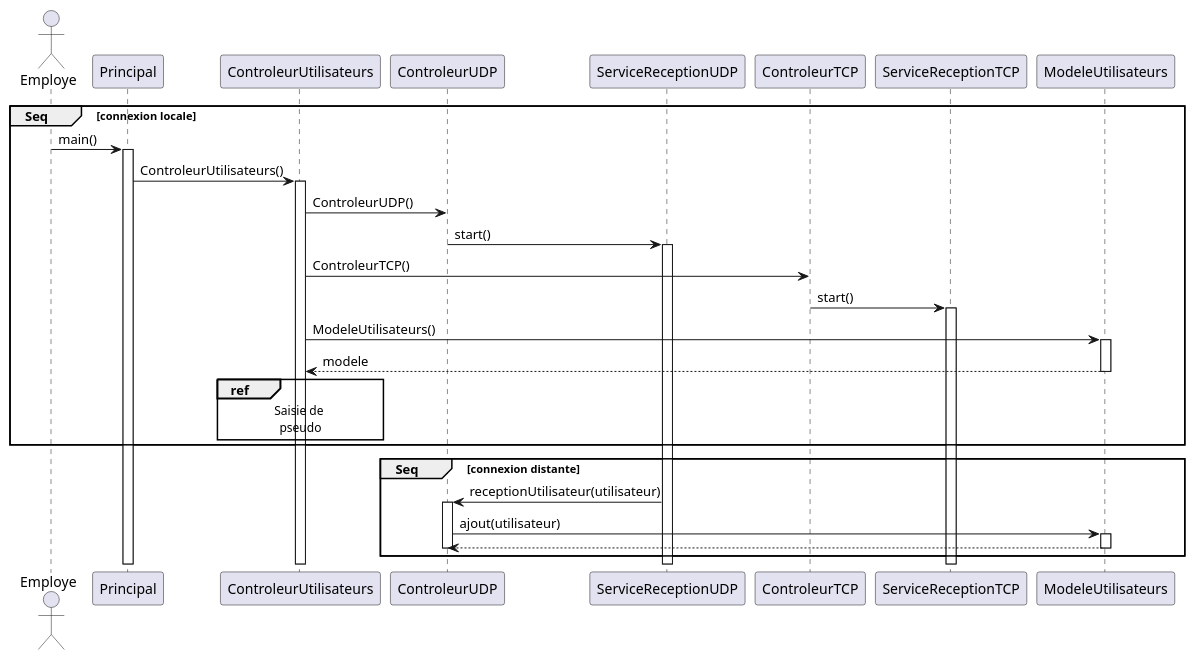
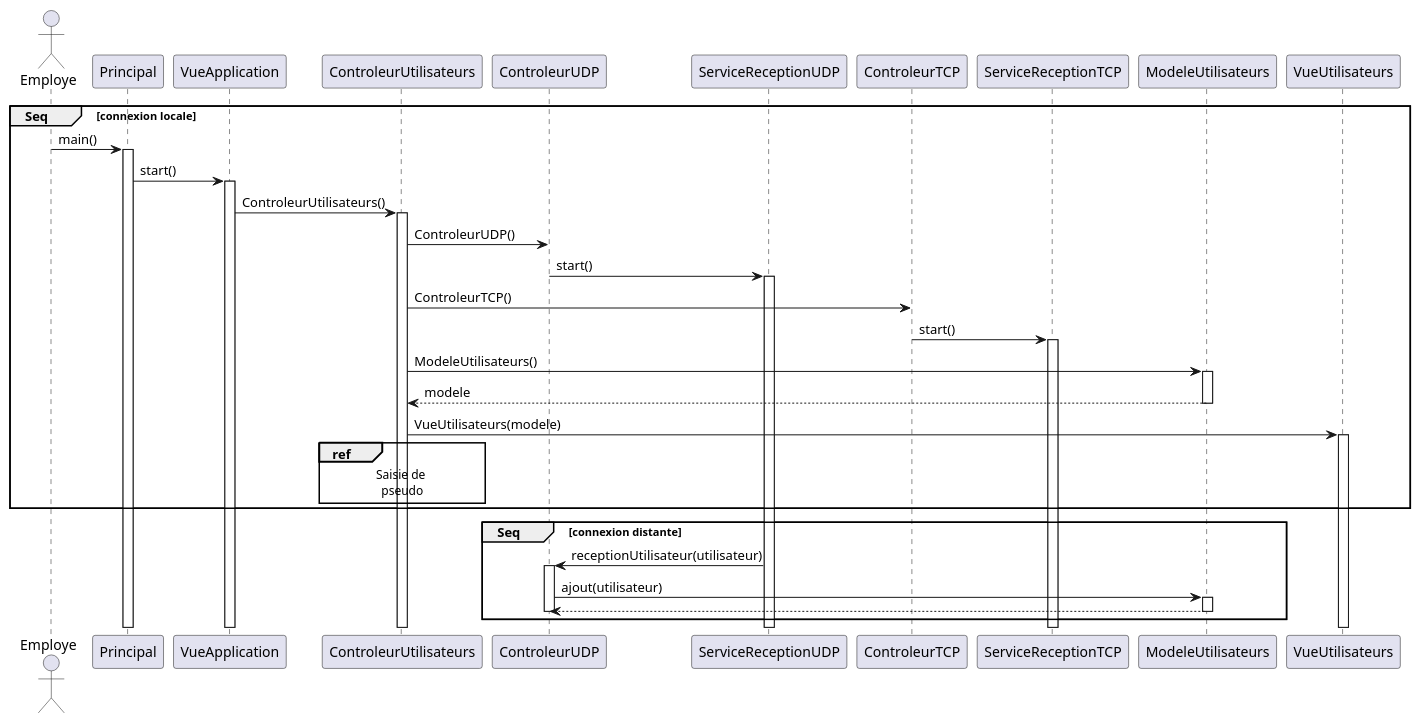
One commit to arc-hugo/clavardage_uml changed the diagram in sequence/connexion.wsd. Above: the diagram before and after it, drawn with PlantUML. The commit also changed 1 other file, not shown here.

```diff
--- a/sequence/connexion.wsd
+++ b/sequence/connexion.wsd
@@ -1,32 +1,36 @@
 @startuml Connexion
 actor Employe
 group Seq [connexion locale]
     Employe -> Principal : main()
     activate Principal
-    Principal -> ControleurUtilisateurs : ControleurUtilisateurs()
+    Principal -> VueApplication : start()
+    activate VueApplication 
+    VueApplication -> ControleurUtilisateurs : ControleurUtilisateurs()
     activate ControleurUtilisateurs
     ControleurUtilisateurs -> ControleurUDP : ControleurUDP()
     ControleurUDP -> ServiceReceptionUDP : start()
     activate ServiceReceptionUDP
     ControleurUtilisateurs -> ControleurTCP : ControleurTCP()
     ControleurTCP -> ServiceReceptionTCP : start()
     activate ServiceReceptionTCP
     ControleurUtilisateurs -> ModeleUtilisateurs : ModeleUtilisateurs()
     activate ModeleUtilisateurs
     ModeleUtilisateurs --> ControleurUtilisateurs : modele
     deactivate ModeleUtilisateurs
+    ControleurUtilisateurs -> VueUtilisateurs : VueUtilisateurs(modele)
+    activate VueUtilisateurs
     ref over ControleurUtilisateurs
         Saisie de 
         pseudo
     end ref
 end
 group Seq [connexion distante]
     ServiceReceptionUDP -> ControleurUDP : receptionUtilisateur(utilisateur)
     activate ControleurUDP
     ControleurUDP -> ModeleUtilisateurs : ajout(utilisateur)
     activate ModeleUtilisateurs
     ModeleUtilisateurs --> ControleurUDP
     deactivate ModeleUtilisateurs
     deactivate ControleurUDP
 end
 @enduml
```
